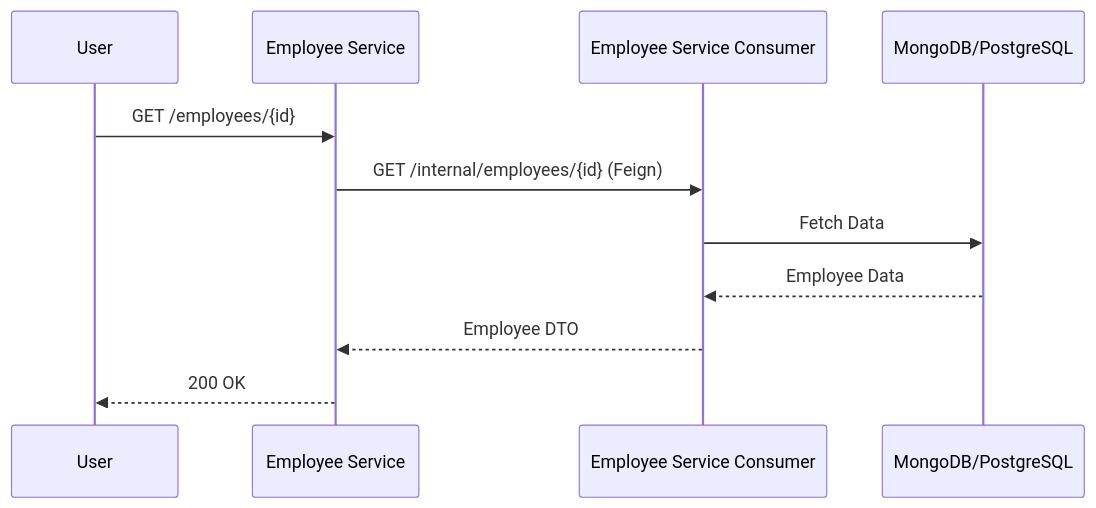
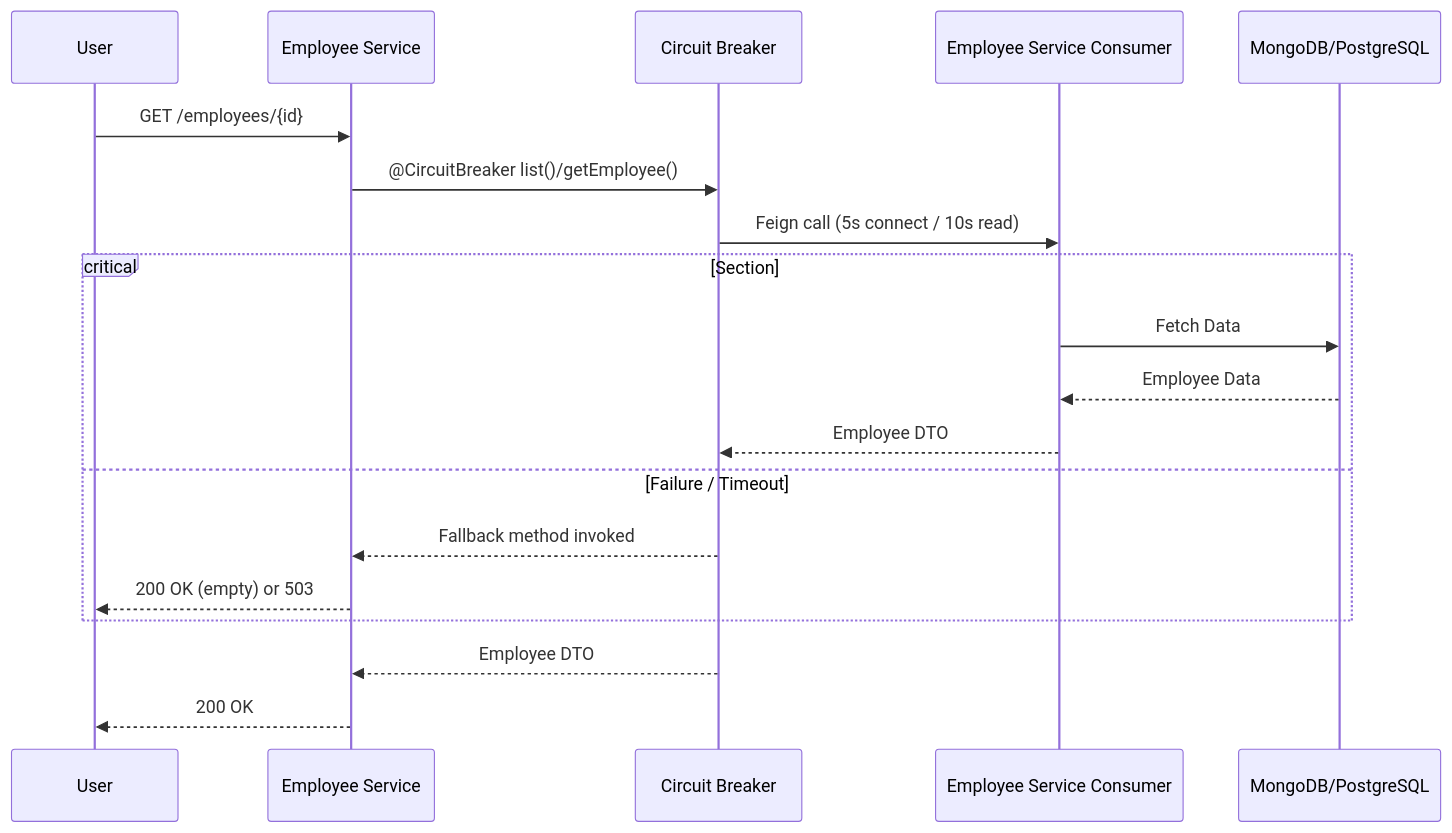
The second of 4 diagrams in README.md (MarkoLuna/EmployeeCrudEventDriven), drawn with Mermaid before and after one commit. The commit also changed other lines of this file and 27 other files, not shown here.

First line of the commit message:
feat: add fault tolerance with Resilience4j circuit breakers, Feign hardening, and DLT persistence (#2)

````diff
--- a/README.md
+++ b/README.md
@@ -149,14 +212,22 @@
 ```mermaid
 sequenceDiagram
     participant User
     participant Producer as Employee Service
+    participant CB as Circuit Breaker
     participant Consumer as Employee Service Consumer
     participant DB as MongoDB/PostgreSQL
 
     User->>Producer: GET /employees/{id}
-    Producer->>Consumer: GET /internal/employees/{id} (Feign)
-    Consumer->>DB: Fetch Data
-    DB-->>Consumer: Employee Data
-    Consumer-->>Producer: Employee DTO
+    Producer->>CB: @CircuitBreaker list()/getEmployee()
+    CB->>Consumer: Feign call (5s connect / 10s read)
+    Critical Section
+      Consumer->>DB: Fetch Data
+      DB-->>Consumer: Employee Data
+      Consumer-->>CB: Employee DTO
+    option Failure / Timeout
+      CB-->>Producer: Fallback method invoked
+      Producer-->>User: 200 OK (empty) or 503
+    end
+    CB-->>Producer: Employee DTO
     Producer-->>User: 200 OK
 ```
````
